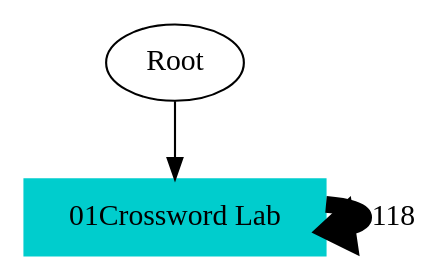
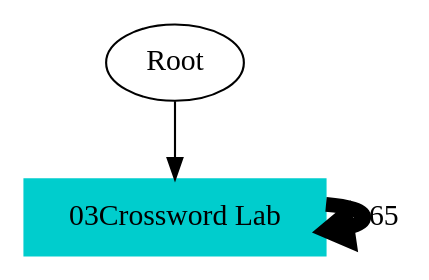
Before and after one commit to mypstom/robotide: the diagram in TS2TS.gv, drawn with Graphviz. The commit also changed 21 other files, not shown here.

```diff
--- a/TS2TS.gv
+++ b/TS2TS.gv
@@ -1,7 +1,7 @@
 // TS <-> TS
 digraph {
 	Root
-	"01Crossword Lab" [color=cyan3 shape=box style=filled]
-		Root -> "01Crossword Lab"
-		"01Crossword Lab" -> "01Crossword Lab" [label=118 penwidth=7.88264304936]
+	"03Crossword Lab" [color=cyan3 shape=box style=filled]
+		Root -> "03Crossword Lab"
+		"03Crossword Lab" -> "03Crossword Lab" [label=65 penwidth=7.02236781303]
 }
```
